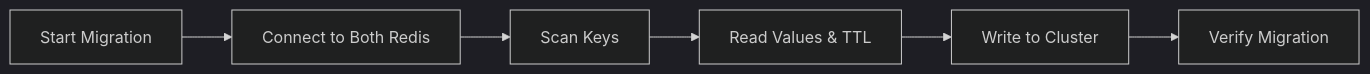
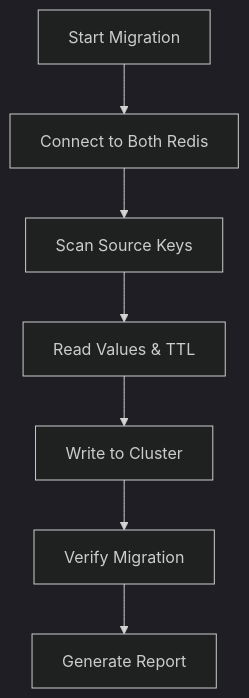
Before and after one commit to Abhinav-birdeye/redetective: the second of 4 diagrams in README.md, drawn with Mermaid (dark theme). The commit also changed other lines of this file and 4 other files, not shown here.

````diff
--- a/README.md
+++ b/README.md
@@ -80,8 +91,9 @@
 ```mermaid
-graph LR
+graph TD
     A[Start Migration] --> B[Connect to Both Redis]
-    B --> C[Scan Keys]
+    B --> C[Scan Source Keys]
     C --> D[Read Values & TTL]
     D --> E[Write to Cluster]
     E --> F[Verify Migration]
+    F --> G[Generate Report]
 ```
````
